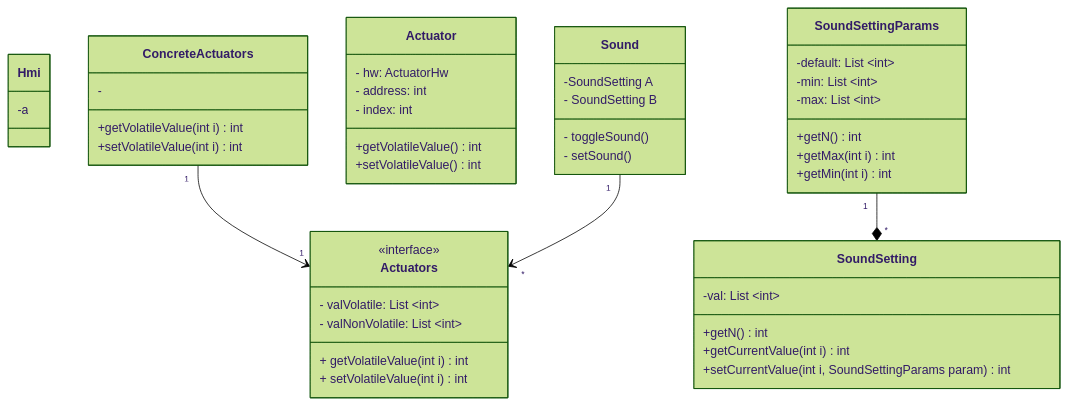
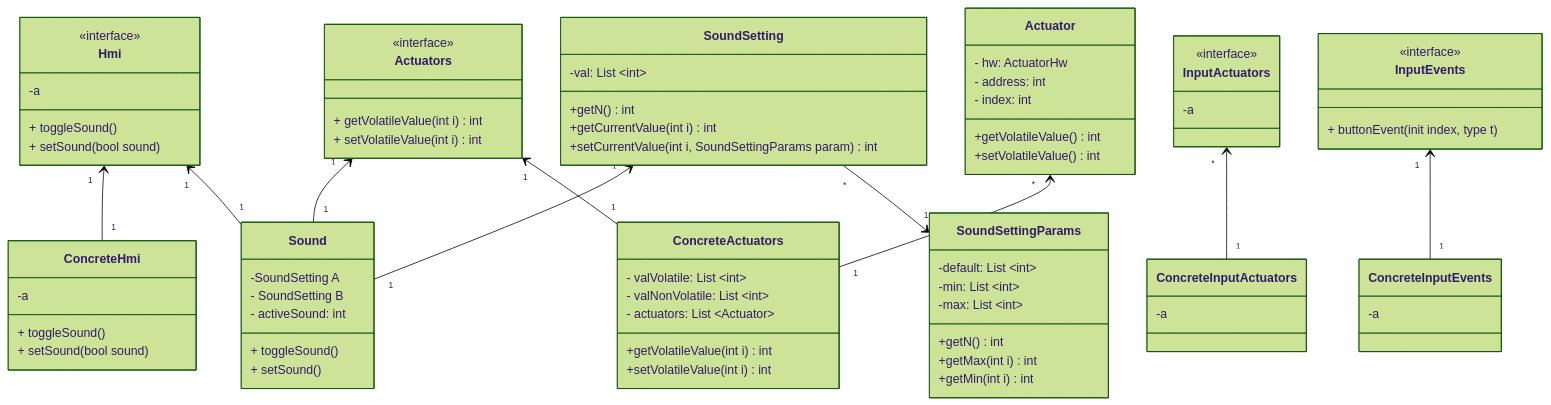
Before and after one commit to kaiberggold/tinyamp: the second of 3 diagrams in docs/hmi.md, drawn with Mermaid (forest theme). The commit also changed other lines of this file, not shown here.

````diff
--- a/docs/hmi.md
+++ b/docs/hmi.md
@@ -42,16 +41,45 @@
 ```mermaid
+
 classDiagram
+direction BT
+
+
 
 class `Hmi`{
     -a
+    + toggleSound()
+    + setSound(bool sound)
+
+}
+class `Actuators`{
+
+    + getVolatileValue(int i) int
+    + setVolatileValue(int i) int 
+
 }
 
-class Sound{
- -SoundSetting A
-- SoundSetting B
-- toggleSound()
-- setSound()
+
+class `InputEvents`{
+
++ buttonEvent (init index, type t)
 }
+class InputActuators{
+-a
+}
+
+ <<interface>>Hmi
+ <<interface>>Actuators
+ <<interface>>InputActuators
+<<interface>>InputEvents
+
+
+class `ConcreteHmi`{
+    -a
+    + toggleSound()
+    + setSound(bool sound)
+
+}
+
 
 
 class `Actuator`{
@@ -61,23 +89,34 @@
     +getVolatileValue() int
     +setVolatileValue() int 
 }
+class Sound{
+ -SoundSetting A
+- SoundSetting B
+- activeSound: int
++ toggleSound()
++ setSound()
+}
 
 
-class `ConcreteActuators`{
-    -
-    +getVolatileValue(int i) int
-    +setVolatileValue(int i) int 
+
+class ConcreteInputActuators{
+-a
+}
+class `ConcreteInputEvents`{
+
+-a
 }
 
-class `Actuators`{
-    - valVolatile: List ~int~
-    - valNonVolatile: List ~int~
-    + getVolatileValue(int i) int
-    + setVolatileValue(int i) int 
 
+
+
+
+class `SoundSetting`{
+    -val: List ~int~
+    +getN() int
+    +getCurrentValue(int i) int
+    +setCurrentValue(int i, SoundSettingParams param) int
 }
- <<interface>>Actuators
-
 
 class `SoundSettingParams`{
     -default: List ~int~
@@ -87,16 +126,23 @@
     +getMax(int i) int
     +getMin(int i) int
 }
-
-class `SoundSetting`{
-    -val: List ~int~
-    +getN() int
-    +getCurrentValue(int i) int
-    +setCurrentValue(int i, SoundSettingParams param) int
+class `ConcreteActuators`{
+    - valVolatile: List ~int~
+    - valNonVolatile: List ~int~
+    - actuators: List ~Actuator~
+    +getVolatileValue(int i) int
+    +setVolatileValue(int i) int 
 }
 
-   SoundSettingParams "1" --* "*"  SoundSetting 
+
+   SoundSettingParams "1" <-- "*"  SoundSetting 
  ConcreteActuators"1" --> "1"Actuators
- Sound"1" --> "*"Actuators
+ Sound"1" --> "1"Actuators
+ConcreteActuators"1" --> "*"Actuator
+ConcreteInputActuators"1" --> "*"InputActuators
+Sound "1" --> "1"Hmi
+ConcreteHmi "1" --> "1"Hmi
+ Sound  "1" -->  "1" SoundSetting
+ConcreteInputEvents "1" --> "1"InputEvents
 
 ```
````
